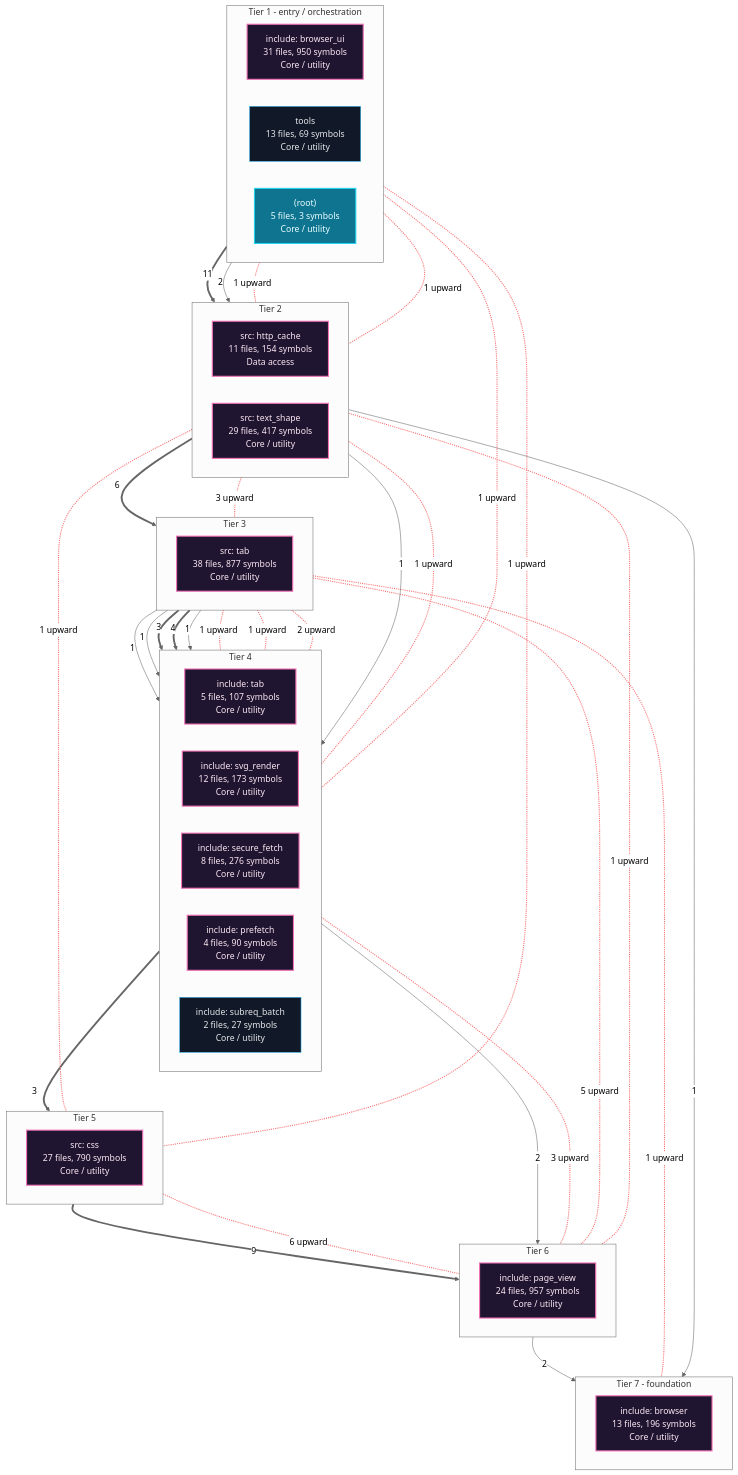
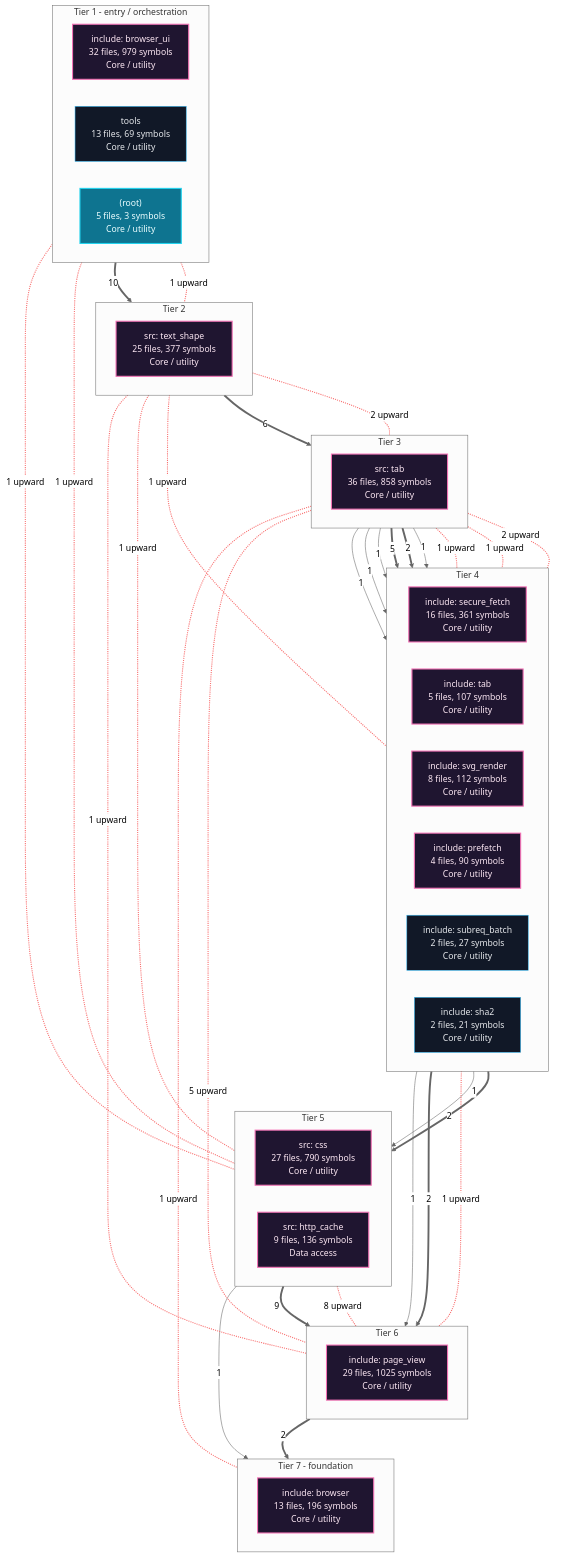
The first of 6 diagrams in readmenator-apidocs/architecture.md (grisuno/FreeDom), drawn with Mermaid (neutral theme) before and after one commit. The commit also changed other lines of this file and 221 other files, not shown here.

````diff
--- a/readmenator-apidocs/architecture.md
+++ b/readmenator-apidocs/architecture.md
@@ -11,77 +11,78 @@
 ```mermaid
 flowchart TB
     classDef cycle fill:#1f1530,stroke:#f472b6,color:#fce7f3,stroke-width:2px;
     classDef default fill:#111827,stroke:#38bdf8,color:#e5e7eb;
     classDef entry fill:#0e7490,stroke:#22d3ee,color:#ecfeff,stroke-width:2px;
     subgraph lane_0["Tier 1 - entry / orchestration"]
         direction LR
-        n_c1["include: browser_ui<br/>31 files, 950 symbols<br/>Core / utility"]:::cycle
+        n_c1["include: browser_ui<br/>32 files, 979 symbols<br/>Core / utility"]:::cycle
         n_d_tools["tools<br/>13 files, 69 symbols<br/>Core / utility"]:::default
         n_d__root_["(root)<br/>5 files, 3 symbols<br/>Core / utility"]:::entry
     end
     subgraph lane_1["Tier 2"]
         direction LR
-        n_c7["src: http_cache<br/>11 files, 154 symbols<br/>Data access"]:::cycle
-        n_c2["src: text_shape<br/>29 files, 417 symbols<br/>Core / utility"]:::cycle
+        n_c4["src: text_shape<br/>25 files, 377 symbols<br/>Core / utility"]:::cycle
     end
     subgraph lane_2["Tier 3"]
         direction LR
-        n_c0["src: tab<br/>38 files, 877 symbols<br/>Core / utility"]:::cycle
+        n_c0["src: tab<br/>36 files, 858 symbols<br/>Core / utility"]:::cycle
     end
     subgraph lane_3["Tier 4"]
         direction LR
+        n_c5["include: secure_fetch<br/>16 files, 361 symbols<br/>Core / utility"]:::cycle
         n_c9["include: tab<br/>5 files, 107 symbols<br/>Core / utility"]:::cycle
-        n_c6["include: svg_render<br/>12 files, 173 symbols<br/>Core / utility"]:::cycle
-        n_c8["include: secure_fetch<br/>8 files, 276 symbols<br/>Core / utility"]:::cycle
+        n_c8["include: svg_render<br/>8 files, 112 symbols<br/>Core / utility"]:::cycle
         n_c10["include: prefetch<br/>4 files, 90 symbols<br/>Core / utility"]:::cycle
-        n_c11["include: subreq_batch<br/>2 files, 27 symbols<br/>Core / utility"]:::default
+        n_c12["include: subreq_batch<br/>2 files, 27 symbols<br/>Core / utility"]:::default
+        n_c11["include: sha2<br/>2 files, 21 symbols<br/>Core / utility"]:::default
     end
     subgraph lane_4["Tier 5"]
         direction LR
         n_c3["src: css<br/>27 files, 790 symbols<br/>Core / utility"]:::cycle
+        n_c7["src: http_cache<br/>9 files, 136 symbols<br/>Data access"]:::cycle
     end
     subgraph lane_5["Tier 6"]
         direction LR
-        n_c4["include: page_view<br/>24 files, 957 symbols<br/>Core / utility"]:::cycle
+        n_c2["include: page_view<br/>29 files, 1025 symbols<br/>Core / utility"]:::cycle
     end
     subgraph lane_6["Tier 7 - foundation"]
         direction LR
-        n_c5["include: browser<br/>13 files, 196 symbols<br/>Core / utility"]:::cycle
+        n_c6["include: browser<br/>13 files, 196 symbols<br/>Core / utility"]:::cycle
     end
     n_c0 -->|"1"| n_c10
     n_c0 -->|"1"| n_c11
-    n_c0 ==>|"3"| n_c6
-    n_c0 ==>|"4"| n_c8
+    n_c0 -->|"1"| n_c12
+    n_c0 ==>|"5"| n_c5
+    n_c0 ==>|"2"| n_c8
     n_c0 -->|"1"| n_c9
-    n_c1 ==>|"11"| n_c2
-    n_c1 -->|"2"| n_c7
-    n_c2 ==>|"6"| n_c0
-    n_c3 ==>|"9"| n_c4
-    n_c4 -->|"2"| n_c5
-    n_c6 ==>|"3"| n_c3
-    n_c7 -->|"1"| n_c5
-    n_c7 -->|"1"| n_c8
-    n_c9 -->|"2"| n_c4
-    n_c2 <-.-|"3 upward"| n_c0
+    n_c1 ==>|"10"| n_c4
+    n_c2 ==>|"2"| n_c6
+    n_c3 ==>|"9"| n_c2
+    n_c4 ==>|"6"| n_c0
+    n_c5 -->|"1"| n_c2
+    n_c5 -->|"1"| n_c7
+    n_c7 -->|"1"| n_c6
+    n_c8 ==>|"2"| n_c3
+    n_c9 ==>|"2"| n_c2
+    n_c4 <-.-|"2 upward"| n_c0
     n_c0 <-.-|"1 upward"| n_c10
-    n_c1 <-.-|"1 upward"| n_c2
+    n_c0 <-.-|"5 upward"| n_c2
+    n_c3 <-.-|"8 upward"| n_c2
+    n_c4 <-.-|"1 upward"| n_c2
+    n_c8 <-.-|"1 upward"| n_c2
     n_c1 <-.-|"1 upward"| n_c3
-    n_c2 <-.-|"1 upward"| n_c3
-    n_c0 <-.-|"5 upward"| n_c4
-    n_c2 <-.-|"1 upward"| n_c4
-    n_c3 <-.-|"6 upward"| n_c4
-    n_c6 <-.-|"3 upward"| n_c4
+    n_c4 <-.-|"1 upward"| n_c3
+    n_c1 <-.-|"1 upward"| n_c4
     n_c0 <-.-|"1 upward"| n_c5
-    n_c1 <-.-|"1 upward"| n_c6
+    n_c4 <-.-|"1 upward"| n_c5
+    n_c0 <-.-|"1 upward"| n_c6
     n_c1 <-.-|"1 upward"| n_c7
-    n_c0 <-.-|"1 upward"| n_c8
-    n_c2 <-.-|"1 upward"| n_c8
     n_c0 <-.-|"2 upward"| n_c9
-    linkStyle 14,15,16,17,18,19,20,21,22,23,24,25,26,27,28 stroke:#f87171,stroke-width:2px;
-    n_c1 ~~~ n_c7
-    n_c7 ~~~ n_c0
-    n_c0 ~~~ n_c9
-    n_c9 ~~~ n_c3
-    n_c3 ~~~ n_c4
-    n_c4 ~~~ n_c5
+    linkStyle 15,16,17,18,19,20,21,22,23,24,25,26,27,28 stroke:#f87171,stroke-width:2px;
+    n_c1 ~~~ n_c4
+    n_c4 ~~~ n_c0
+    n_c0 ~~~ n_c5
+    n_c5 ~~~ n_c3
+    n_c3 ~~~ n_c2
+    n_c2 ~~~ n_c6
 ```
````
